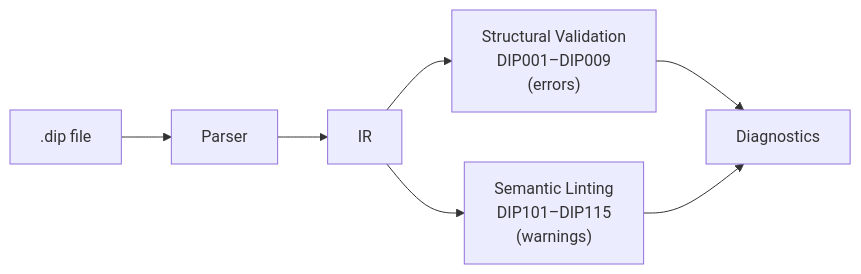
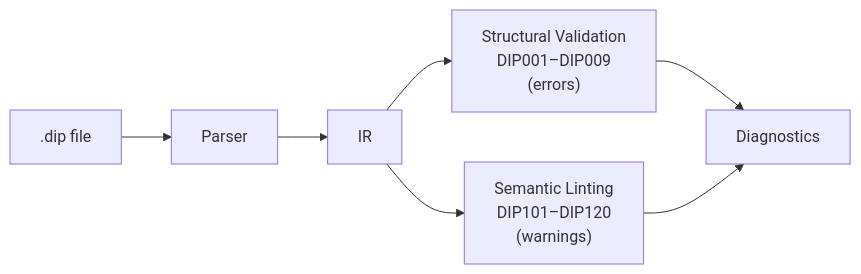
One commit to michellepellon/dippin-lang changed the diagram in docs/validation.md. Above: the diagram before and after it, drawn with Mermaid. The commit also changed other lines of this file and 9 other files, not shown here.

````diff
--- a/docs/validation.md
+++ b/docs/validation.md
@@ -10,9 +10,9 @@
 ```mermaid
 graph LR
     SRC[".dip file"] --> PARSE["Parser"]
     PARSE --> IR["IR"]
-    IR --> VAL["Structural Validation<br/>DIP001–DIP009<br/>(errors)"]
-    IR --> LINT["Semantic Linting<br/>DIP101–DIP115<br/>(warnings)"]
+    IR --> VAL["Structural Validation<br>DIP001–DIP009<br>(errors)"]
+    IR --> LINT["Semantic Linting<br>DIP101–DIP120<br>(warnings)"]
     VAL --> DIAG["Diagnostics"]
     LINT --> DIAG
 ```
````
